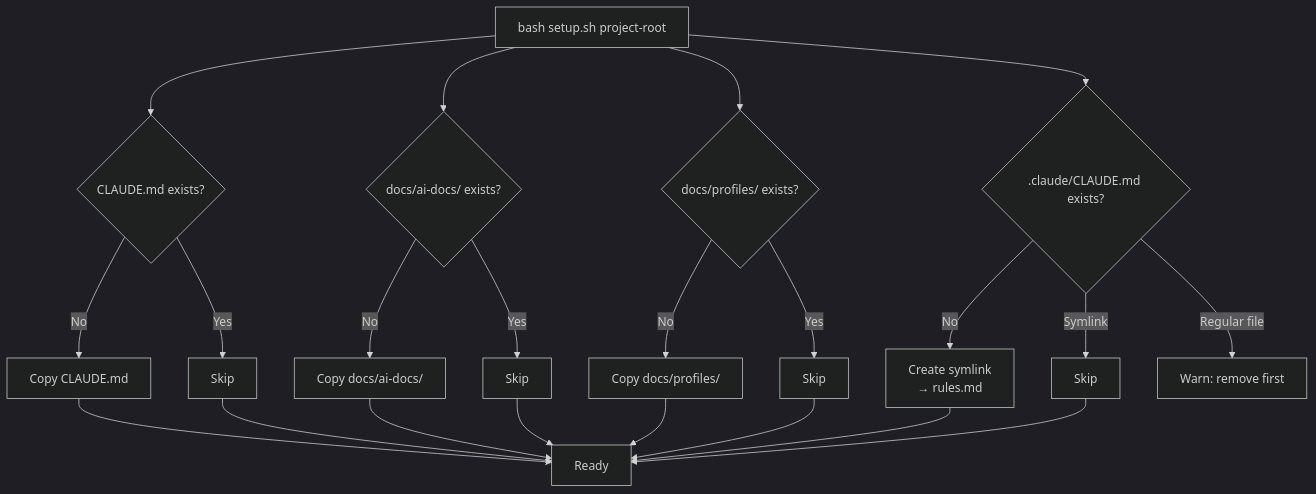
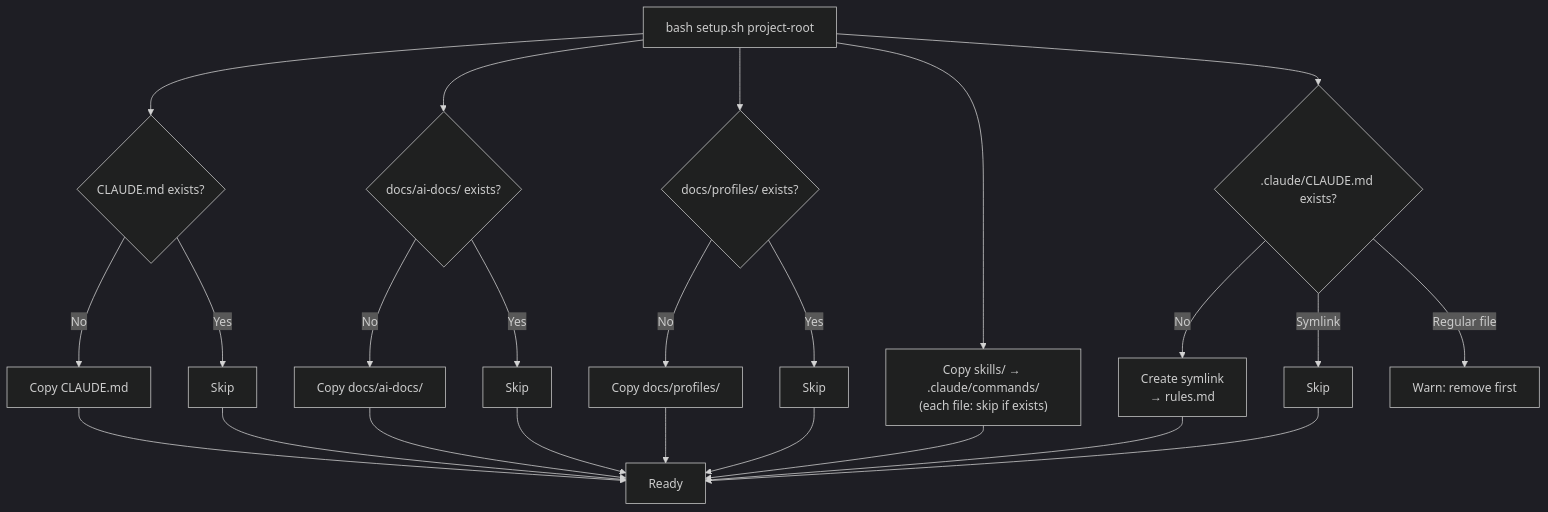
The third of 3 diagrams in README.md (Jongheon-Park/dev-refs), drawn with Mermaid (dark theme) before and after one commit. The commit also changed other lines of this file and 20 other files, not shown here.

````diff
--- a/README.md
+++ b/README.md
@@ -189,28 +270,31 @@
 ```mermaid
 flowchart TD
     A["bash setup.sh project-root"] --> B{CLAUDE.md exists?}
     B -->|No| C[Copy CLAUDE.md]
     B -->|Yes| D[Skip]
 
     A --> E{docs/ai-docs/ exists?}
     E -->|No| F[Copy docs/ai-docs/]
     E -->|Yes| G[Skip]
 
     A --> H{docs/profiles/ exists?}
     H -->|No| I[Copy docs/profiles/]
     H -->|Yes| J[Skip]
 
+    A --> S["Copy skills/ → .claude/commands/<br/>(each file: skip if exists)"]
+
     A --> K{.claude/CLAUDE.md exists?}
     K -->|No| L["Create symlink<br/>→ rules.md"]
     K -->|Symlink| M[Skip]
     K -->|Regular file| N["Warn: remove first"]
 
     C --> O[Ready]
     D --> O
     F --> O
     G --> O
     I --> O
     J --> O
+    S --> O
     L --> O
     M --> O
 ```
````
